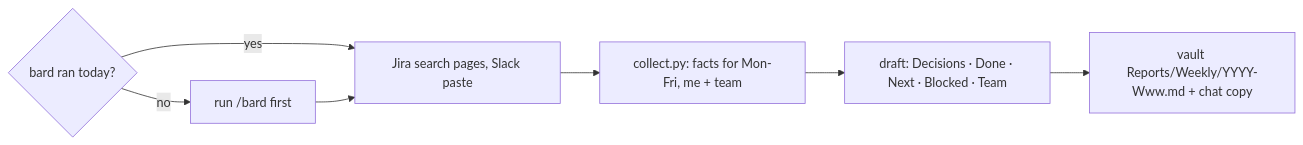
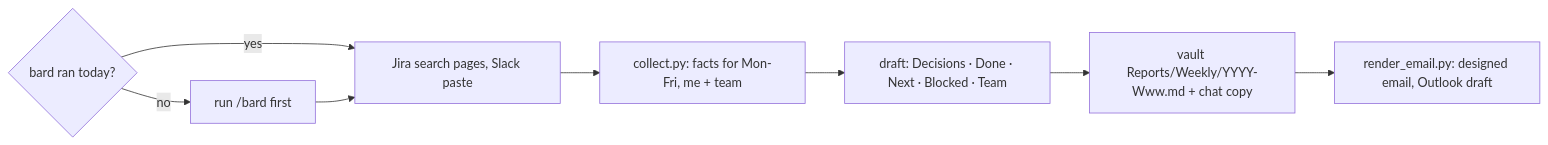
One commit to acastro2/alex-skills changed the diagram in weekly-report/SKILL.md. Above: the diagram before and after it, drawn with Mermaid. The commit also changed other lines of this file and 13 other files, not shown here.

First line of the commit message:
feat(weekly-report): designed email draft in Outlook

````diff
--- a/weekly-report/SKILL.md
+++ b/weekly-report/SKILL.md
@@ -36,9 +37,10 @@
 ```mermaid
 graph LR
   F{bard ran today?} -->|no| B[run /bard first]
   F -->|yes| J
   B --> J[Jira search pages, Slack paste]
   J --> C[collect.py: facts for Mon-Fri, me + team]
   C --> D[draft: Decisions · Done · Next · Blocked · Team]
   D --> E[vault Reports/Weekly/YYYY-Www.md + chat copy]
+  E --> M[render_email.py: designed email, Outlook draft]
 ```
````
